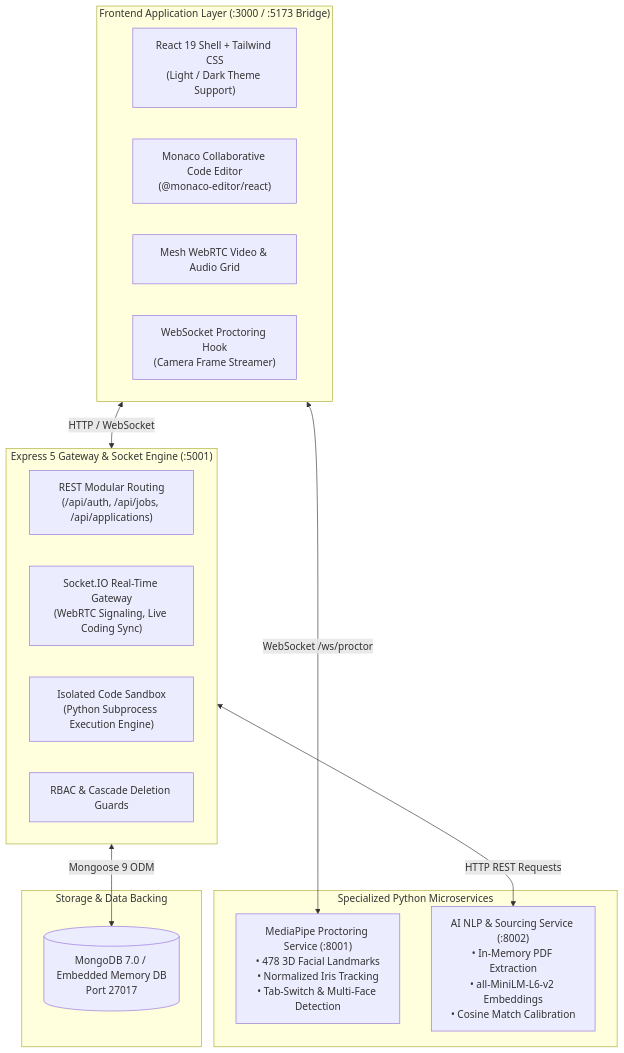
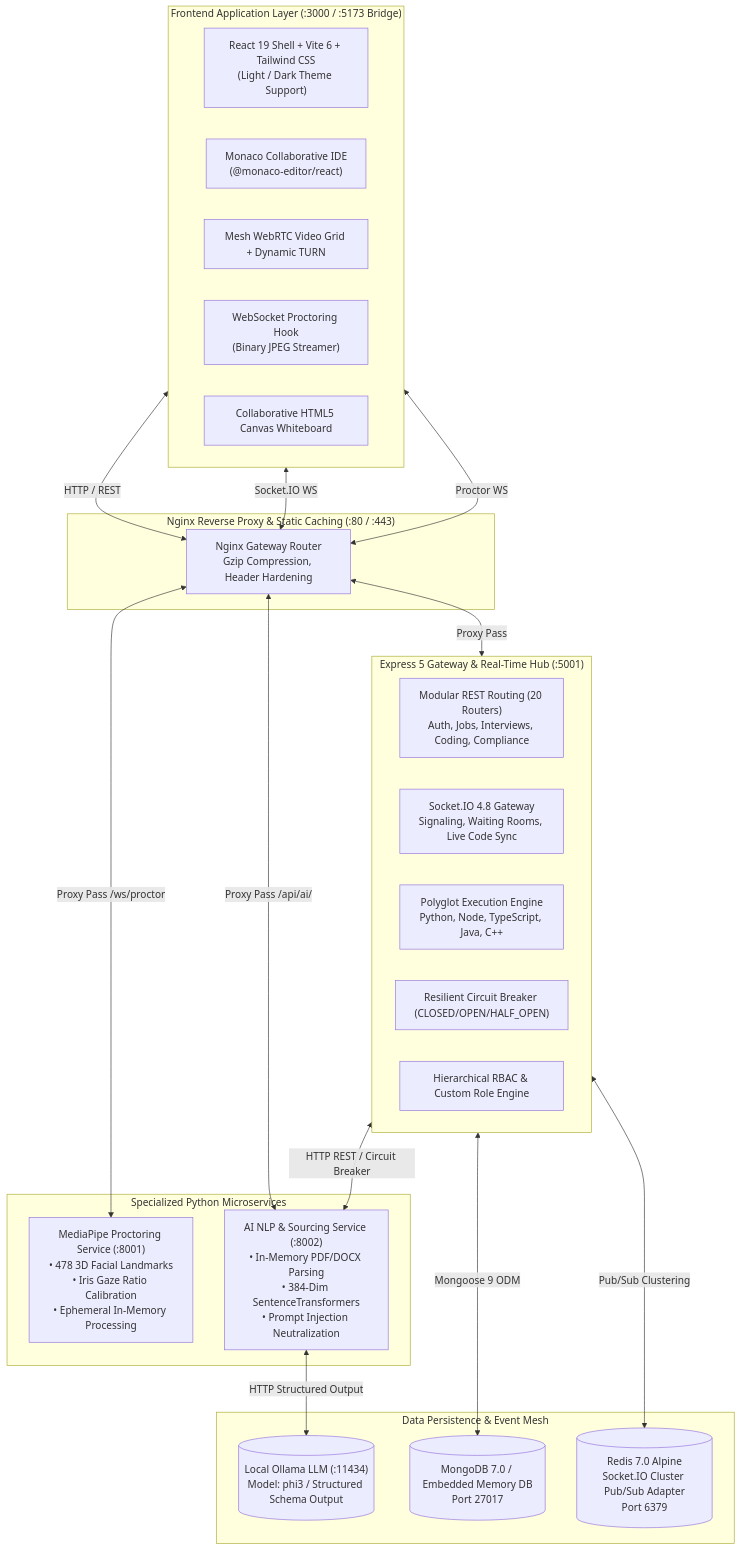
Before and after one commit to darshan-xyz/Axiocruit: the first of 2 diagrams in README.md, drawn with Mermaid. The commit also changed other lines of this file and 15 other files, not shown here.

````diff
--- a/README.md
+++ b/README.md
@@ -38,30 +49,44 @@
 ```mermaid
 flowchart TD
     subgraph ClientLayer["Frontend Application Layer (:3000 / :5173 Bridge)"]
-        UI["React 19 Shell + Tailwind CSS<br/>(Light / Dark Theme Support)"]
-        MonacoEditor["Monaco Collaborative Code Editor<br/>(@monaco-editor/react)"]
-        WebRTCModule["Mesh WebRTC Video & Audio Grid"]
-        ProctorClient["WebSocket Proctoring Hook<br/>(Camera Frame Streamer)"]
+        UI["React 19 Shell + Vite 6 + Tailwind CSS<br/>(Light / Dark Theme Support)"]
+        Monaco["Monaco Collaborative IDE<br/>(@monaco-editor/react)"]
+        WebRTCModule["Mesh WebRTC Video Grid + Dynamic TURN"]
+        ProctorHook["WebSocket Proctoring Hook<br/>(Binary JPEG Streamer)"]
+        Whiteboard["Collaborative HTML5 Canvas Whiteboard"]
     end
 
-    subgraph GatewayLayer["Express 5 Gateway & Socket Engine (:5001)"]
-        HTTPRouter["REST Modular Routing<br/>(/api/auth, /api/jobs, /api/applications)"]
-        SocketHub["Socket.IO Real-Time Gateway<br/>(WebRTC Signaling, Live Coding Sync)"]
-        SandboxEngine["Isolated Code Sandbox<br/>(Python Subprocess Execution Engine)"]
-        DataGuard["RBAC & Cascade Deletion Guards"]
+    subgraph ReverseProxy["Nginx Reverse Proxy & Static Caching (:80 / :443)"]
+        Nginx["Nginx Gateway Router<br/>Gzip Compression, Header Hardening"]
+    end
+
+    subgraph GatewayLayer["Express 5 Gateway & Real-Time Hub (:5001)"]
+        HTTPRouter["Modular REST Routing (20 Routers)<br/>Auth, Jobs, Interviews, Coding, Compliance"]
+        SocketEngine["Socket.IO 4.8 Gateway<br/>Signaling, Waiting Rooms, Live Code Sync"]
+        PolyglotSandbox["Polyglot Execution Engine<br/>Python, Node, TypeScript, Java, C++"]
+        CircuitBreaker["Resilient Circuit Breaker (CLOSED/OPEN/HALF_OPEN)"]
+        RBACResolver["Hierarchical RBAC & Custom Role Engine"]
     end
 
     subgraph MicroservicesLayer["Specialized Python Microservices"]
-        CVService["MediaPipe Proctoring Service (:8001)<br/>• 478 3D Facial Landmarks<br/>• Normalized Iris Tracking<br/>• Tab-Switch & Multi-Face Detection"]
-        AIService["AI NLP & Sourcing Service (:8002)<br/>• In-Memory PDF Extraction<br/>• all-MiniLM-L6-v2 Embeddings<br/>• Cosine Match Calibration"]
+        CVService["MediaPipe Proctoring Service (:8001)<br/>• 478 3D Facial Landmarks<br/>• Iris Gaze Ratio Calibration<br/>• Ephemeral In-Memory Processing"]
+        AIService["AI NLP & Sourcing Service (:8002)<br/>• In-Memory PDF/DOCX Parsing<br/>• 384-Dim SentenceTransformers<br/>• Prompt Injection Neutralization"]
     end
 
-    subgraph PersistenceLayer["Storage & Data Backing"]
+    subgraph PersistenceLayer["Data Persistence & Event Mesh"]
         MongoDB[("MongoDB 7.0 / Embedded Memory DB<br/>Port 27017")]
+        Redis[("Redis 7.0 Alpine<br/>Socket.IO Cluster Pub/Sub Adapter<br/>Port 6379")]
+        Ollama[("Local Ollama LLM (:11434)<br/>Model: phi3 / Structured Schema Output")]
     end
 
-    ClientLayer <-->|HTTP / WebSocket| GatewayLayer
-    ClientLayer <-->|WebSocket /ws/proctor| CVService
-    GatewayLayer <-->|HTTP REST Requests| AIService
+    ClientLayer <-->|HTTP / REST| Nginx
+    ClientLayer <-->|Socket.IO WS| Nginx
+    ClientLayer <-->|Proctor WS| Nginx
+    Nginx <-->|Proxy Pass| GatewayLayer
+    Nginx <-->|Proxy Pass /ws/proctor| CVService
+    Nginx <-->|Proxy Pass /api/ai/| AIService
+    GatewayLayer <-->|HTTP REST / Circuit Breaker| AIService
     GatewayLayer <-->|Mongoose 9 ODM| MongoDB
+    GatewayLayer <-->|Pub/Sub Clustering| Redis
+    AIService <-->|HTTP Structured Output| Ollama
 ```
````
